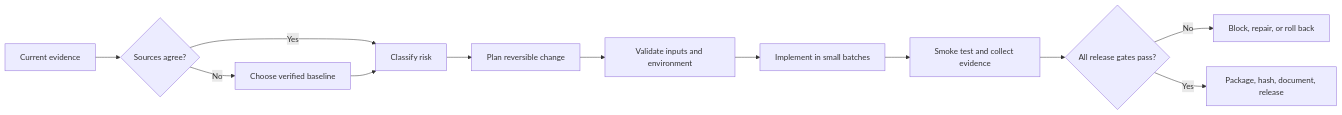
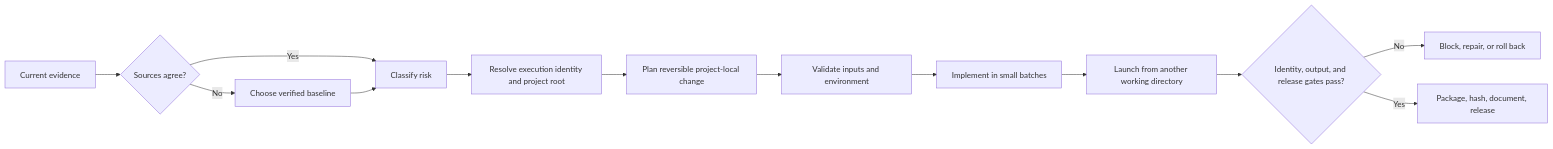
One commit to Jnapier2/Jnapier2 changed the diagram in case-studies/reliable-project-delivery-framework/README.md. Above: the diagram before and after it, drawn with Mermaid. The commit also changed other lines of this file, not shown here.

First line of the commit message:
Align framework with v2.17.6 execution and output controls

````diff
--- a/case-studies/reliable-project-delivery-framework/README.md
+++ b/case-studies/reliable-project-delivery-framework/README.md
@@ -60,14 +76,15 @@
 ```mermaid
 flowchart LR
     A[Current evidence] --> B{Sources agree?}
     B -- No --> C[Choose verified baseline]
     B -- Yes --> D[Classify risk]
     C --> D
-    D --> E[Plan reversible change]
-    E --> F[Validate inputs and environment]
-    F --> G[Implement in small batches]
-    G --> H[Smoke test and collect evidence]
-    H --> I{All release gates pass?}
-    I -- No --> J[Block, repair, or roll back]
-    I -- Yes --> K[Package, hash, document, release]
+    D --> E[Resolve execution identity and project root]
+    E --> F[Plan reversible project-local change]
+    F --> G[Validate inputs and environment]
+    G --> H[Implement in small batches]
+    H --> I[Launch from another working directory]
+    I --> J{Identity, output, and release gates pass?}
+    J -- No --> K[Block, repair, or roll back]
+    J -- Yes --> L[Package, hash, document, release]
 ```
````
